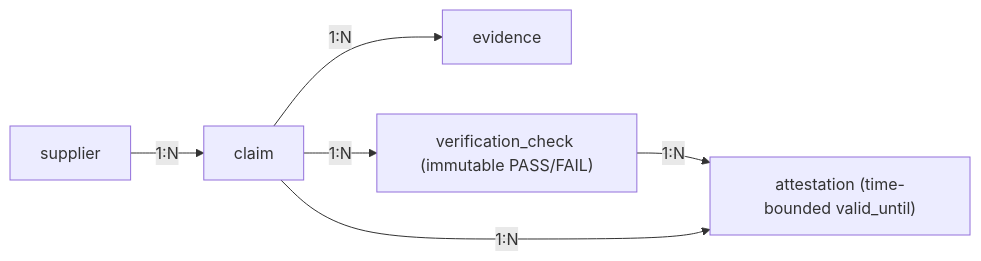
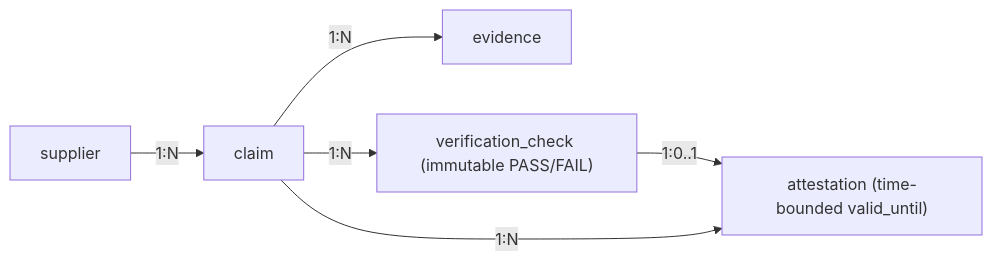
The second of 2 diagrams in docs/database-architecture.md (tanish19078/supify), drawn with Mermaid before and after one commit. The commit also changed other lines of this file and 12 other files, not shown here.

Commit message:
docs: align viva-prep, architecture docs, UML/ER diagrams, and albums screenshots to 13-file ExpiryThread & CRUD backend

````diff
--- a/docs/database-architecture.md
+++ b/docs/database-architecture.md
@@ -80,8 +80,8 @@
 ```mermaid
 flowchart LR
     SUP["supplier"] -->|"1:N"| CLM["claim"]
     CLM -->|"1:N"| EVD["evidence"]
     CLM -->|"1:N"| CHK["verification_check (immutable PASS/FAIL)"]
-    CHK -->|"1:N"| ATT["attestation (time-bounded valid_until)"]
+    CHK -->|"1:0..1"| ATT["attestation (time-bounded valid_until)"]
     CLM -->|"1:N"| ATT
 ```
````
